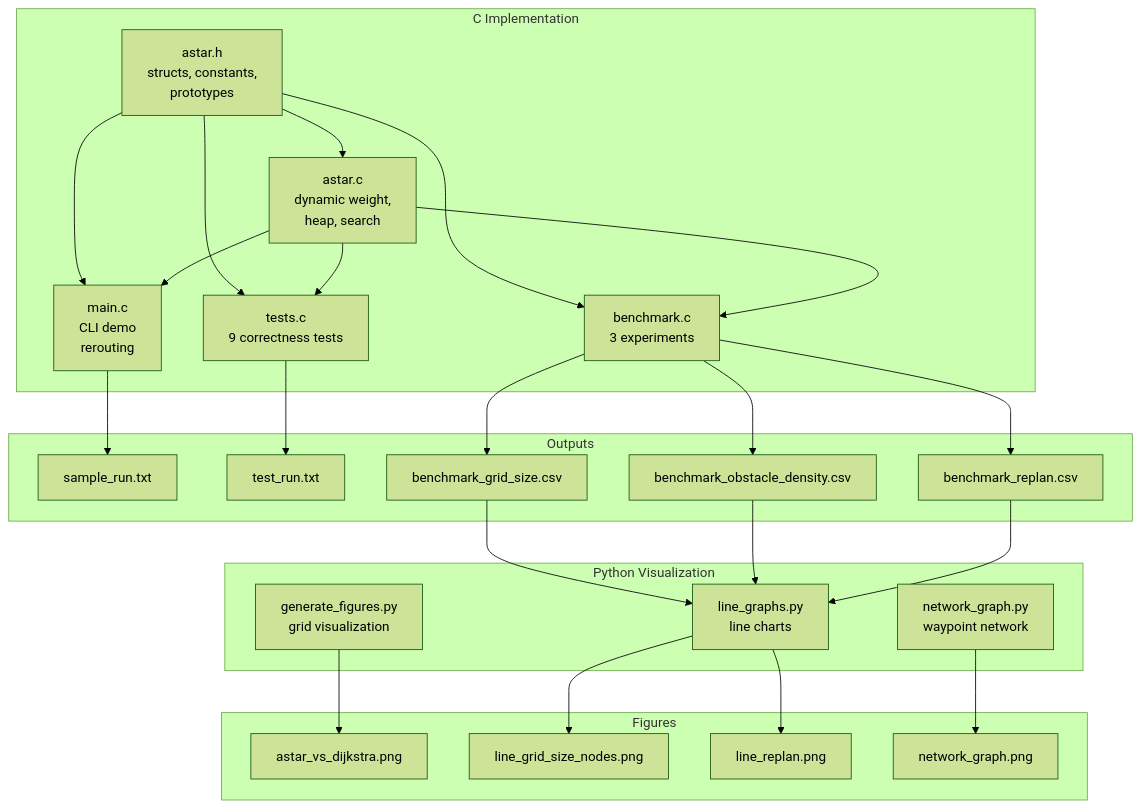
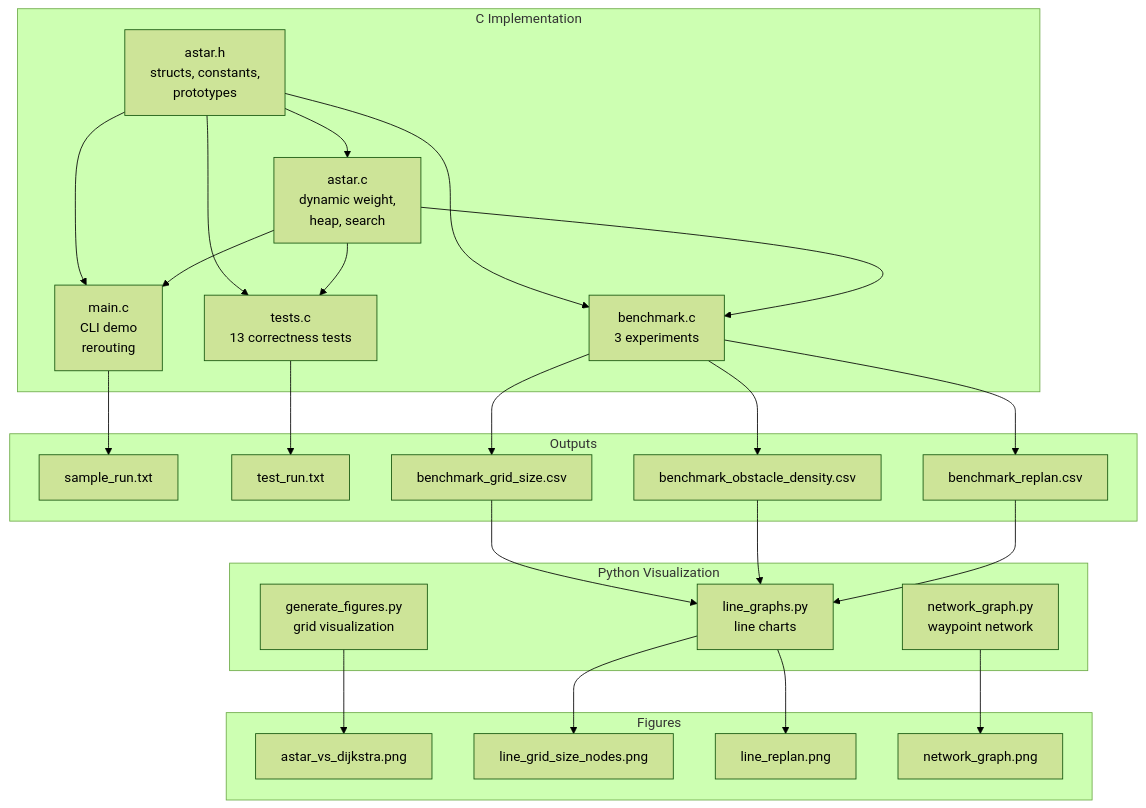
One commit to anamahmedshamsi12/astar-robot-path-navigation changed the third of 3 diagrams in README.md. Above: the diagram before and after it, drawn with Mermaid (forest theme). The commit also changed other lines of this file, not shown here.

````diff
--- a/README.md
+++ b/README.md
@@ -299,51 +299,51 @@
 ```mermaid
 flowchart TD
     subgraph C Implementation
         H[astar.h\nstructs, constants,\nprototypes]
         A[astar.c\ndynamic weight,\nheap, search]
         M[main.c\nCLI demo\nrerouting]
-        T[tests.c\n9 correctness tests]
+        T[tests.c\n13 correctness tests]
         B[benchmark.c\n3 experiments]
     end
 
     subgraph Python Visualization
         GF[generate_figures.py\ngrid visualization]
         NG[network_graph.py\nwaypoint network]
         LG[line_graphs.py\nline charts]
     end
 
     subgraph Outputs
         SR[sample_run.txt]
         TR[test_run.txt]
         CSV1[benchmark_grid_size.csv]
         CSV2[benchmark_obstacle_density.csv]
         CSV3[benchmark_replan.csv]
     end
 
     subgraph Figures
         F1[astar_vs_dijkstra.png]
         F2[line_grid_size_nodes.png]
         F3[line_replan.png]
         F4[network_graph.png]
     end
 
     H --> A
     H --> M
     H --> T
     H --> B
     A --> M
     A --> T
     A --> B
     M --> SR
     T --> TR
     B --> CSV1
     B --> CSV2
     B --> CSV3
     CSV1 --> LG
     CSV2 --> LG
     CSV3 --> LG
     LG --> F2
     LG --> F3
     GF --> F1
     NG --> F4
 ```
````
